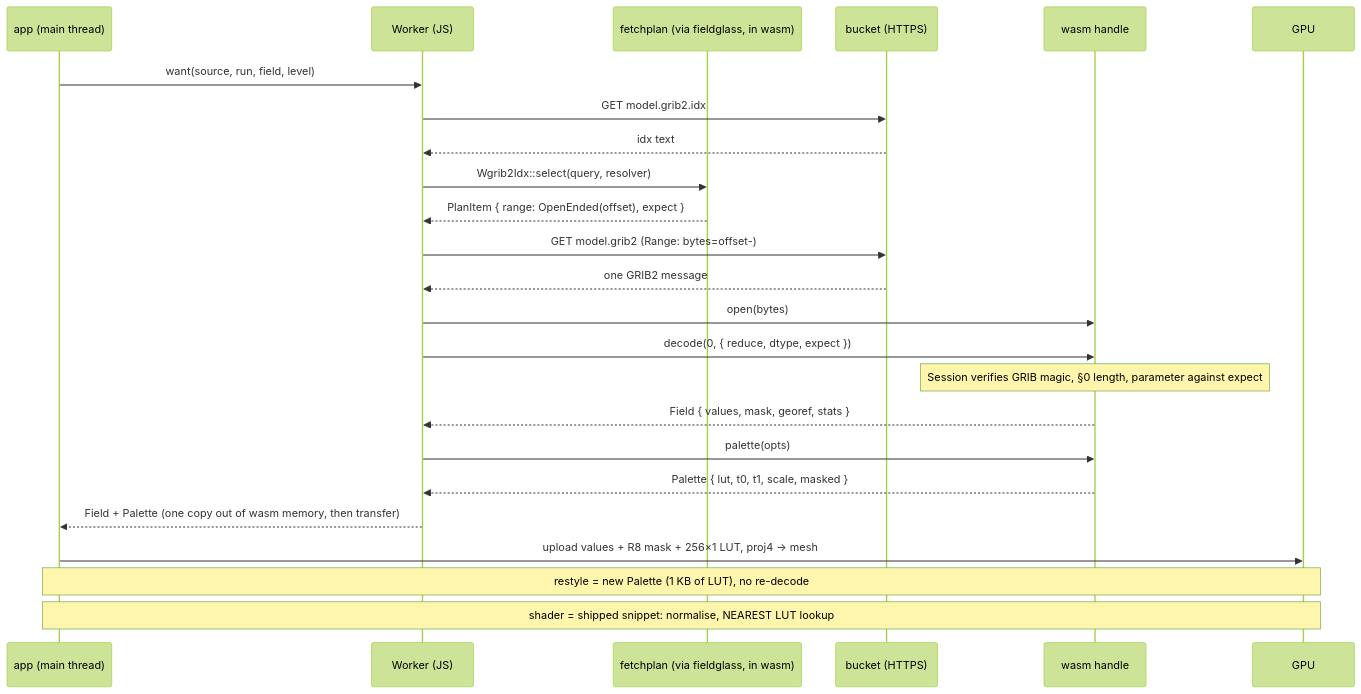
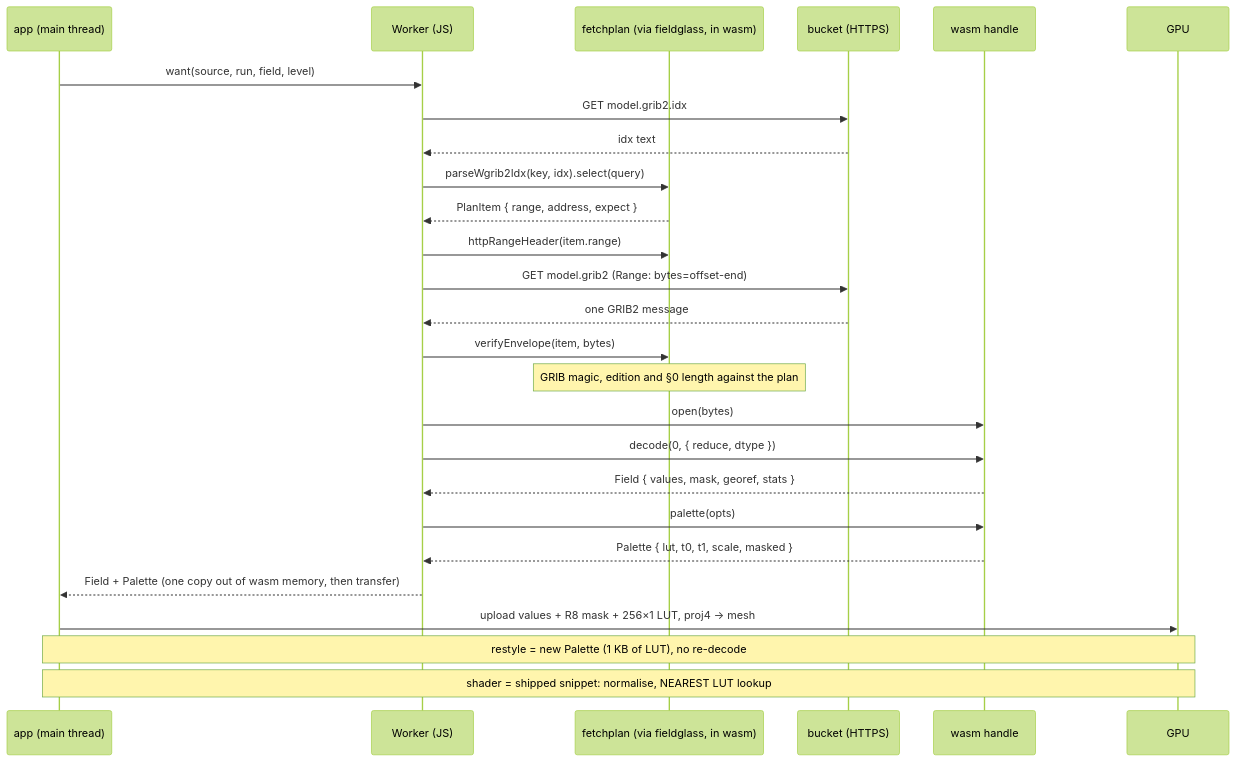
One commit to D0ubleD0uble/fieldglass changed the second of 2 diagrams in docs/architecture/planned/04-hosts.md. Above: the diagram before and after it, drawn with Mermaid (forest theme). The commit also changed other lines of this file and 1 other file, not shown here.

````diff
--- a/docs/architecture/planned/04-hosts.md
+++ b/docs/architecture/planned/04-hosts.md
@@ -37,27 +37,29 @@
 ```mermaid
 sequenceDiagram
     participant A as app (main thread)
     participant W as Worker (JS)
     participant P as fetchplan (via fieldglass, in wasm)
     participant B as bucket (HTTPS)
     participant H as wasm handle
     participant G as GPU
 
     A->>W: want(source, run, field, level)
     W->>B: GET model.grib2.idx
     B-->>W: idx text
-    W->>P: Wgrib2Idx::select(query, resolver)
-    P-->>W: PlanItem { range: OpenEnded(offset), expect }
-    W->>B: GET model.grib2 (Range: bytes=offset-)
+    W->>P: parseWgrib2Idx(key, idx).select(query)
+    P-->>W: PlanItem { range, address, expect }
+    W->>P: httpRangeHeader(item.range)
+    W->>B: GET model.grib2 (Range: bytes=offset-end)
     B-->>W: one GRIB2 message
+    W->>P: verifyEnvelope(item, bytes)
+    Note over P: GRIB magic, edition and §0 length against the plan
     W->>H: open(bytes)
-    W->>H: decode(0, { reduce, dtype, expect })
-    Note over H: Session verifies GRIB magic, §0 length, parameter against expect
+    W->>H: decode(0, { reduce, dtype })
     H-->>W: Field { values, mask, georef, stats }
     W->>H: palette(opts)
     H-->>W: Palette { lut, t0, t1, scale, masked }
     W-->>A: Field + Palette (one copy out of wasm memory, then transfer)
     A->>G: upload values + R8 mask + 256×1 LUT, proj4 → mesh
     Note over A,G: restyle = new Palette (1 KB of LUT), no re-decode
     Note over A,G: shader = shipped snippet: normalise, NEAREST LUT lookup
 ```
````
